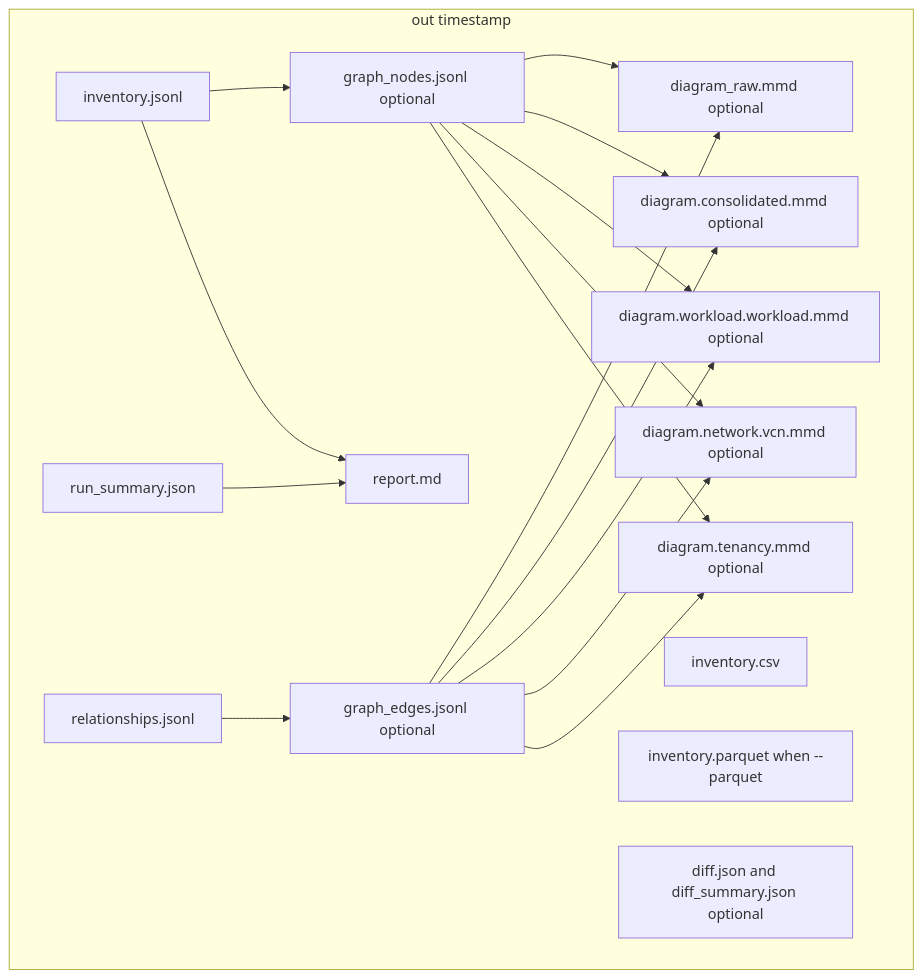
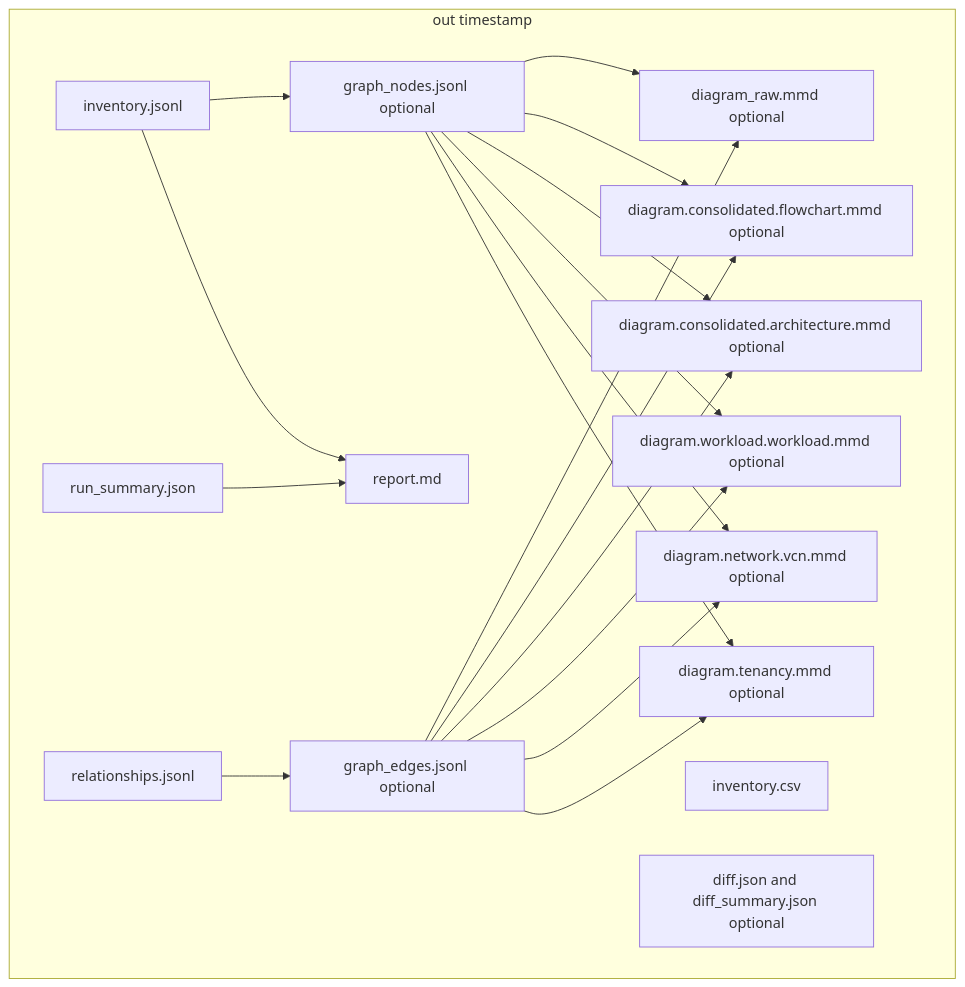
The second of 2 diagrams in inventory/README.md (javierchan/oci), drawn with Mermaid before and after one commit. The commit also changed other lines of this file and 27 other files, not shown here.

````diff
--- a/inventory/README.md
+++ b/inventory/README.md
@@ -310,33 +306,35 @@
 ```mermaid
 flowchart TB
 subgraph out_ts[out timestamp]
     inv[inventory.jsonl]
     csv[inventory.csv]
-    parquet[inventory.parquet when --parquet]
     rel[relationships.jsonl]
     nodes[graph_nodes.jsonl optional]
     edges[graph_edges.jsonl optional]
     raw[diagram_raw.mmd optional]
     ten[diagram.tenancy.mmd optional]
     net[diagram.network.vcn.mmd optional]
     wl[diagram.workload.workload.mmd optional]
-    cons[diagram.consolidated.mmd optional]
+    cons[diagram.consolidated.architecture.mmd optional]
+    cons_fc[diagram.consolidated.flowchart.mmd optional]
     rpt[report.md]
     sum[run_summary.json]
     diff[diff.json and diff_summary.json optional]
   end
   inv --> rpt
   sum --> rpt
   inv --> nodes
   rel --> edges
   nodes --> ten
   edges --> ten
   nodes --> net
   edges --> net
   nodes --> wl
   edges --> wl
   nodes --> cons
   edges --> cons
+  nodes --> cons_fc
+  edges --> cons_fc
   nodes --> raw
   edges --> raw
 ```
````
